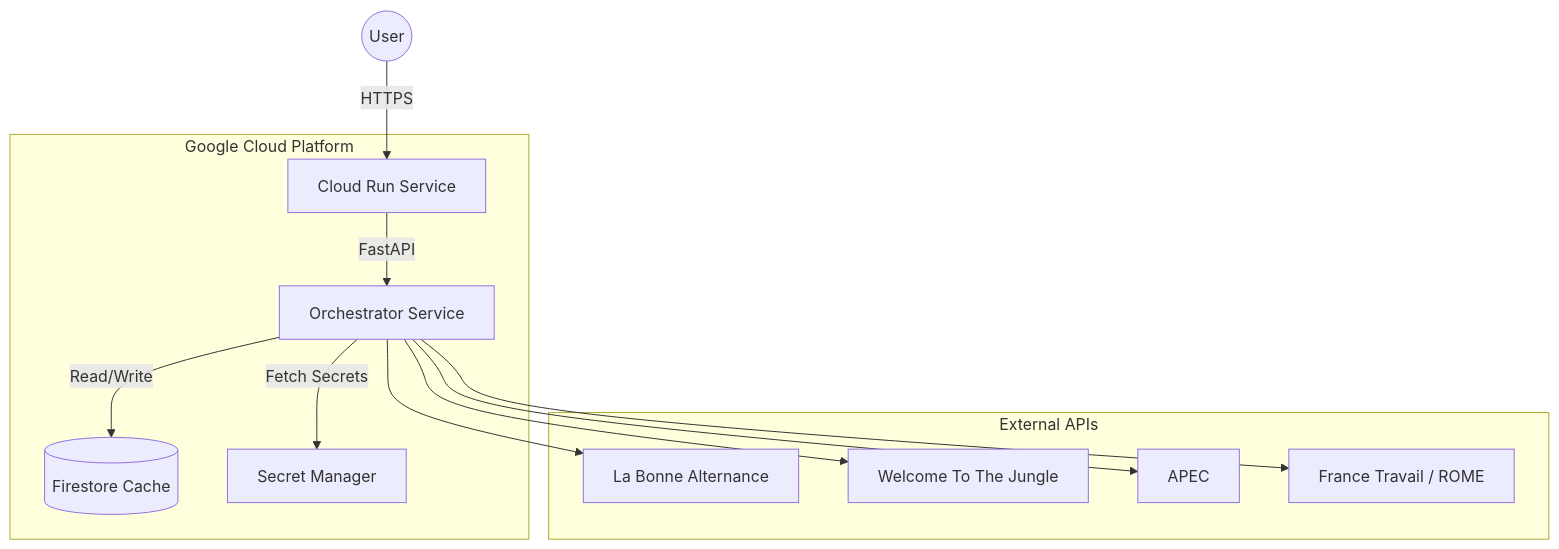
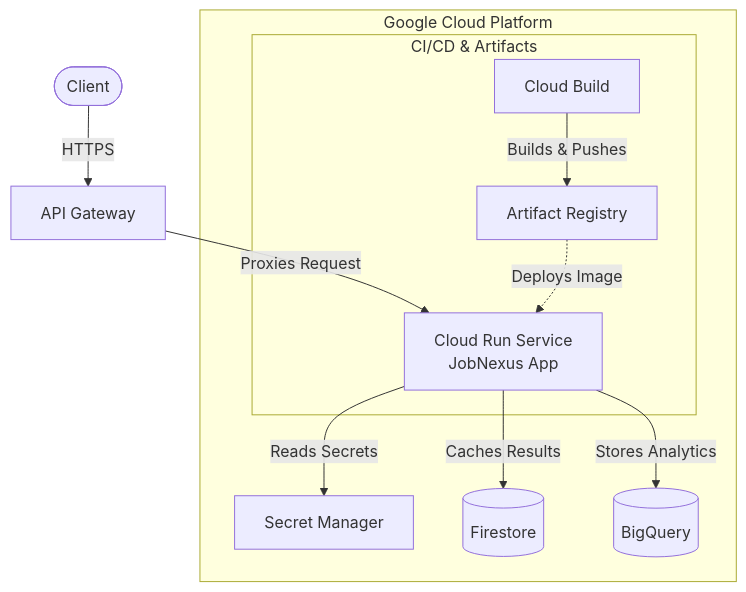
Before and after one commit to LoicCK/JobNexus: the diagram in README.md, drawn with Mermaid. The commit also changed other lines of this file, not shown here.

````diff
--- a/README.md
+++ b/README.md
@@ -11,15 +11,16 @@
 ```mermaid
 graph TD
-    User((User)) -->|HTTPS| CR[Cloud Run Service]
-    subgraph GCP [Google Cloud Platform]
-        CR -->|FastAPI| Orch[Orchestrator Service]
-        Orch -->|Read/Write| DB[(Firestore Cache)]
-        Orch -->|Fetch Secrets| SM[Secret Manager]
-    end
-    subgraph External [External APIs]
-        Orch --> LBA[La Bonne Alternance]
-        Orch --> WTTJ[Welcome To The Jungle]
-        Orch --> APEC[APEC]
-        Orch --> FT[France Travail / ROME]
+    Client([Client]) -->|HTTPS| APIGW[API Gateway]
+    APIGW -->|Proxies Request| CloudRun[Cloud Run Service\nJobNexus App]
+
+    subgraph "Google Cloud Platform"
+        CloudRun -->|Reads Secrets| SecretMgr[Secret Manager]
+        CloudRun -->|Caches Results| Firestore[(Firestore)]
+        CloudRun -->|Stores Analytics| BigQuery[(BigQuery)]
+
+        subgraph "CI/CD & Artifacts"
+            CloudBuild[Cloud Build] -->|Builds & Pushes| AR[Artifact Registry]
+            AR -.->|Deploys Image| CloudRun
+        end
     end
 ```
````
